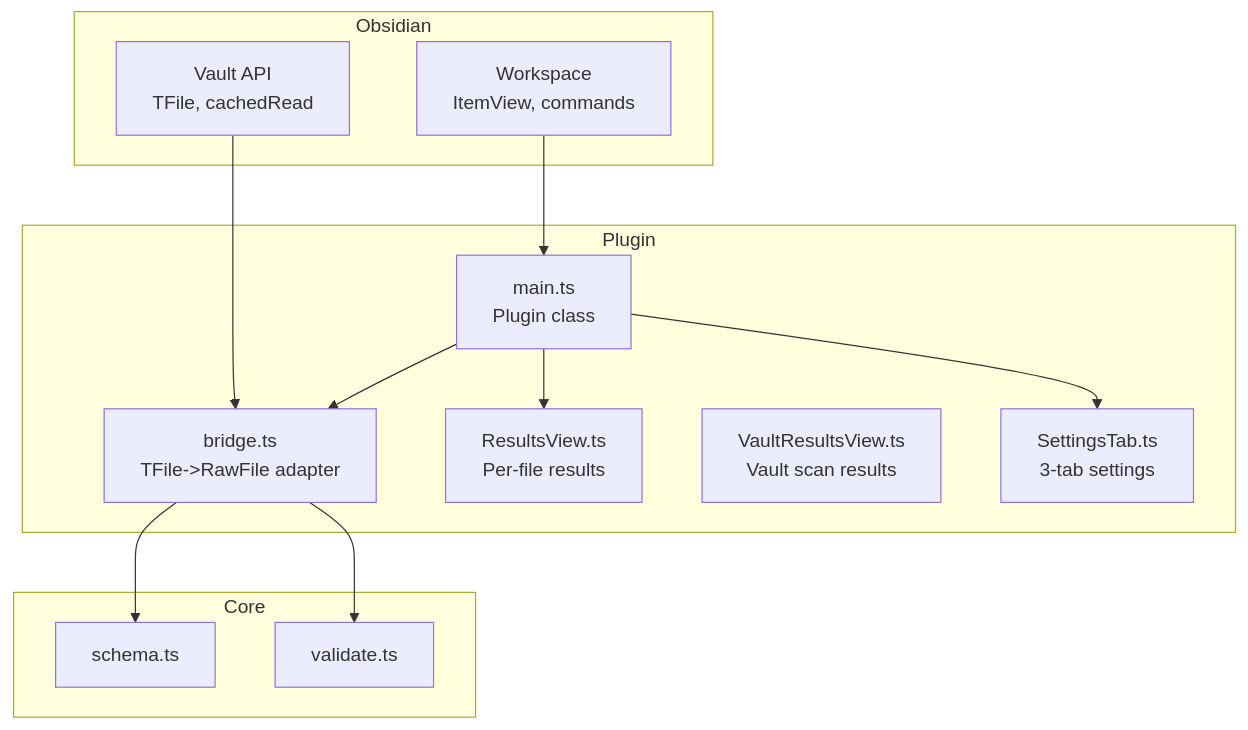
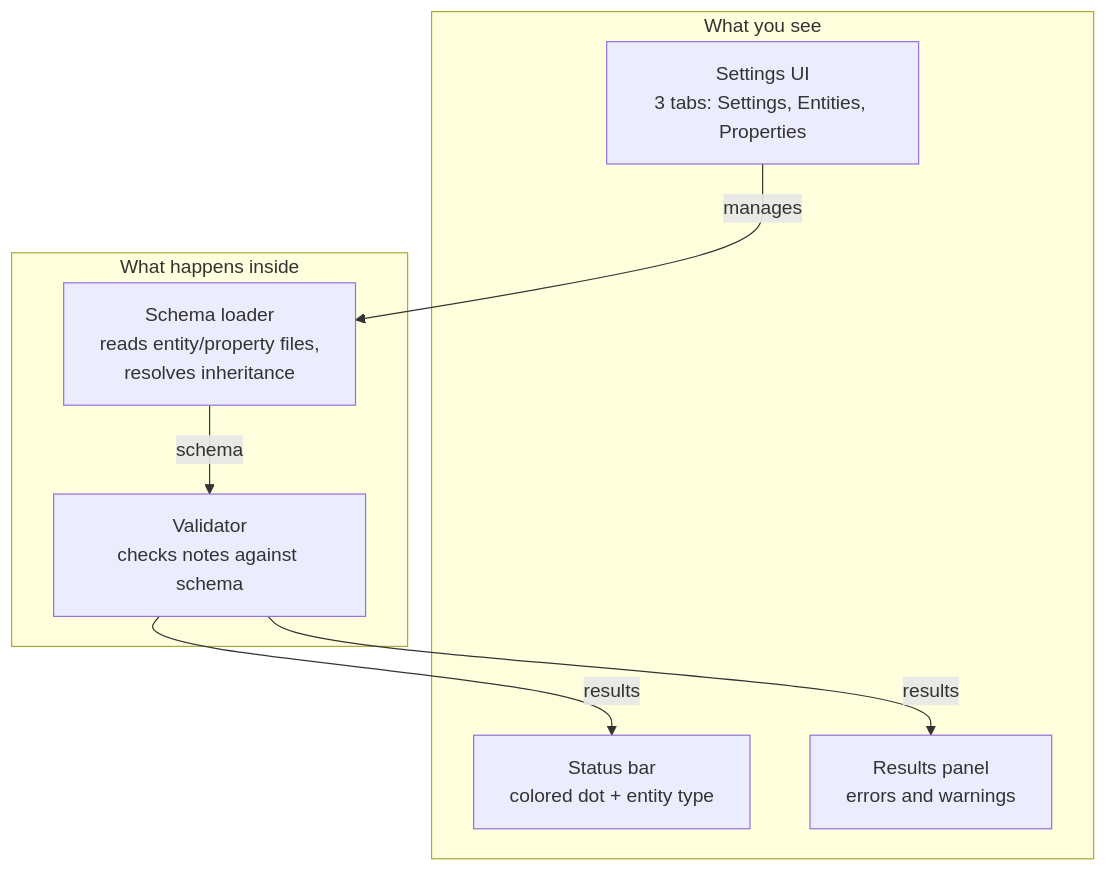
The fourth of 5 diagrams in docs/architecture.md (mishachepi/obsi-validate), drawn with Mermaid before and after one commit. The commit also changed other lines of this file and 23 other files, not shown here.

````diff
--- a/docs/architecture.md
+++ b/docs/architecture.md
@@ -151,28 +61,18 @@
 ```mermaid
 flowchart TB
-    subgraph Obsidian
-        VA[Vault API<br/>TFile, cachedRead]
-        WS[Workspace<br/>ItemView, commands]
+    subgraph What you see
+        SB["Status bar<br/>colored dot + entity type"]
+        RP["Results panel<br/>errors and warnings"]
+        ST["Settings UI<br/>3 tabs: Settings, Entities, Properties"]
     end
 
-    subgraph Plugin
-        M[main.ts<br/>Plugin class]
-        B[bridge.ts<br/>TFile->RawFile adapter]
-        RV[ResultsView.ts<br/>Per-file results]
-        VRV[VaultResultsView.ts<br/>Vault scan results]
-        ST[SettingsTab.ts<br/>3-tab settings]
+    subgraph What happens inside
+        SC["Schema loader<br/>reads entity/property files,<br/>resolves inheritance"]
+        VL["Validator<br/>checks notes against schema"]
     end
 
-    subgraph Core
-        SC[schema.ts]
-        VL[validate.ts]
-    end
-
-    VA --> B
-    B --> SC
-    B --> VL
-    M --> B
-    M --> RV
-    M --> ST
-    WS --> M
+    ST -->|"manages"| SC
+    SC -->|"schema"| VL
+    VL -->|"results"| SB
+    VL -->|"results"| RP
 ```
````
